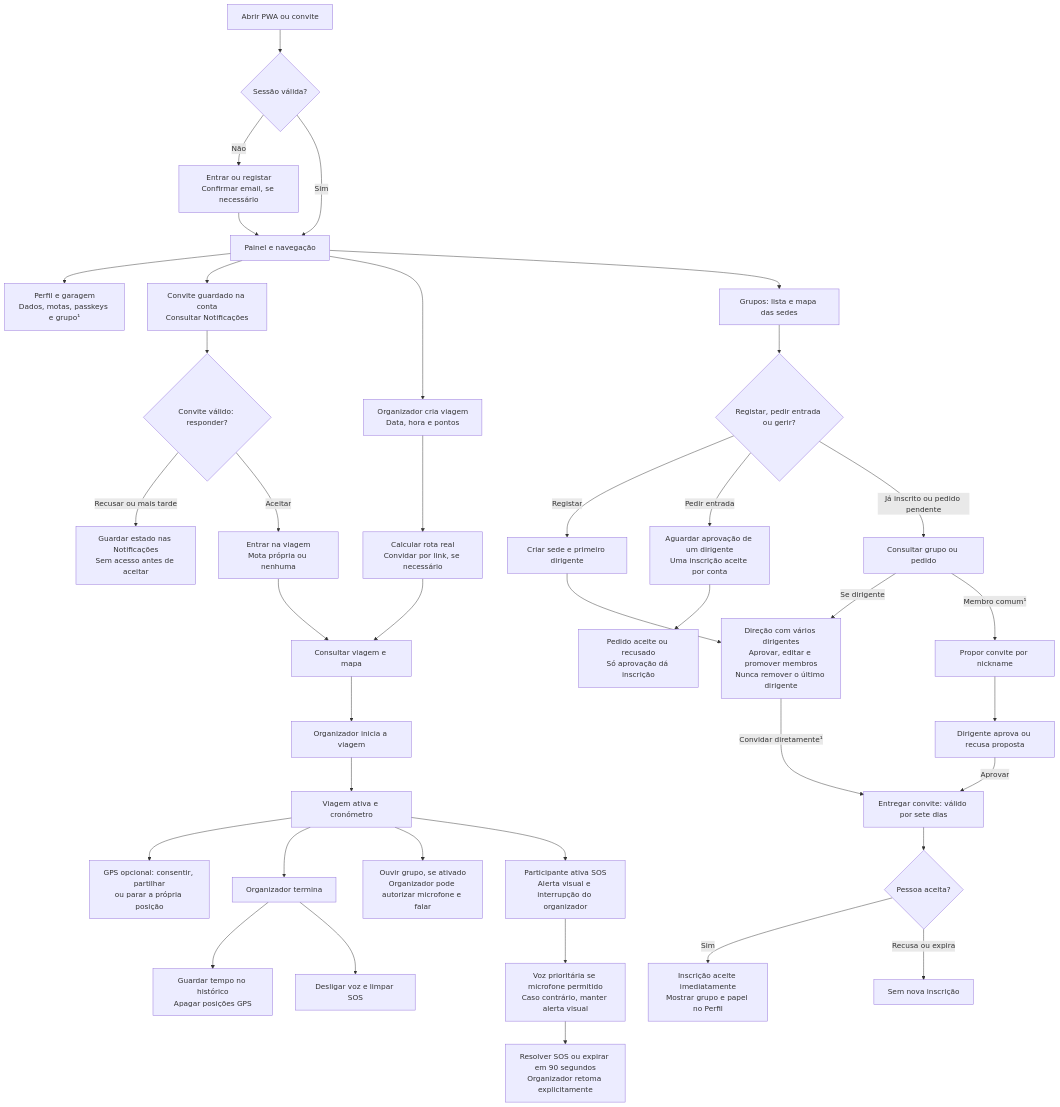
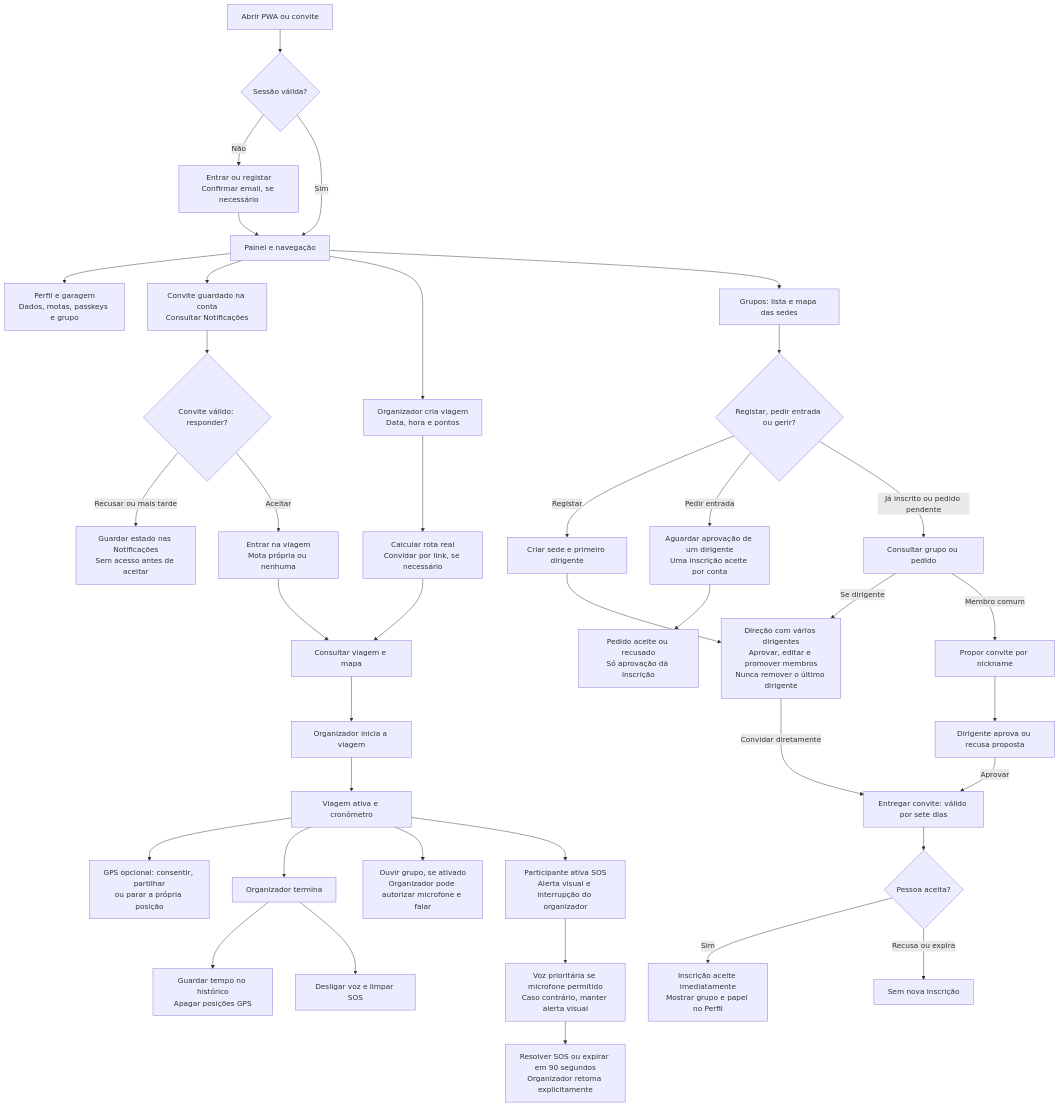
One commit to Pedrim-dot-com/rideSync changed the second of 2 diagrams in README.md. Above: the diagram before and after it, drawn with Mermaid. The commit also changed other lines of this file and 16 other files, not shown here.

````diff
--- a/README.md
+++ b/README.md
@@ -60,44 +61,44 @@
 ```mermaid
 flowchart TB
     OPEN["Abrir PWA ou convite"] --> SESSION{"Sessão válida?"}
     SESSION -->|"Não"| LOGIN["Entrar ou registar<br/>Confirmar email, se necessário"]
     LOGIN --> HOME["Painel e navegação"]
     SESSION -->|"Sim"| HOME
-    HOME --> PROFILE["Perfil e garagem<br/>Dados, motas, passkeys e grupo¹"]
+    HOME --> PROFILE["Perfil e garagem<br/>Dados, motas, passkeys e grupo"]
     HOME --> INBOX["Convite guardado na conta<br/>Consultar Notificações"]
     INBOX --> RESPONSE{"Convite válido: responder?"}
     RESPONSE -->|"Recusar ou mais tarde"| KEEP["Guardar estado nas Notificações<br/>Sem acesso antes de aceitar"]
     RESPONSE -->|"Aceitar"| BIKE["Entrar na viagem<br/>Mota própria ou nenhuma"]
     HOME --> CREATE["Organizador cria viagem<br/>Data, hora e pontos"]
     CREATE --> ROUTE["Calcular rota real<br/>Convidar por link, se necessário"]
     ROUTE --> PLAN["Consultar viagem e mapa"]
     BIKE --> PLAN
     PLAN --> START["Organizador inicia a viagem"]
     START --> ACTIVE["Viagem ativa e cronómetro"]
     ACTIVE --> GPS["GPS opcional: consentir, partilhar<br/>ou parar a própria posição"]
     ACTIVE --> FINISH["Organizador termina"]
     FINISH --> HISTORY["Guardar tempo no histórico<br/>Apagar posições GPS"]
 
     ACTIVE --> RADIO["Ouvir grupo, se ativado<br/>Organizador pode autorizar microfone e falar"]
     ACTIVE --> SOS["Participante ativa SOS<br/>Alerta visual e interrupção do organizador"]
     SOS --> PRIORITY["Voz prioritária se microfone permitido<br/>Caso contrário, manter alerta visual"]
     PRIORITY --> RESOLVE["Resolver SOS ou expirar em 90 segundos<br/>Organizador retoma explicitamente"]
     FINISH --> CLOSEVOICE["Desligar voz e limpar SOS"]
 
     HOME --> DIRECTORY["Grupos: lista e mapa das sedes"]
     DIRECTORY --> GROUPACTION{"Registar, pedir entrada ou gerir?"}
     GROUPACTION -->|"Registar"| NEWGROUP["Criar sede e primeiro dirigente"]
     GROUPACTION -->|"Pedir entrada"| APPROVAL["Aguardar aprovação de um dirigente<br/>Uma inscrição aceite por conta"]
     GROUPACTION -->|"Já inscrito ou pedido pendente"| MYGROUP["Consultar grupo ou pedido"]
     APPROVAL --> MEMBER["Pedido aceite ou recusado<br/>Só aprovação dá inscrição"]
     NEWGROUP --> LEADERS["Direção com vários dirigentes<br/>Aprovar, editar e promover membros<br/>Nunca remover o último dirigente"]
     MYGROUP -->|"Se dirigente"| LEADERS
-    MYGROUP -->|"Membro comum¹"| PROPOSAL["Propor convite por nickname"]
+    MYGROUP -->|"Membro comum"| PROPOSAL["Propor convite por nickname"]
     PROPOSAL --> REVIEW["Dirigente aprova ou recusa proposta"]
     REVIEW -->|"Aprovar"| GROUPINVITE["Entregar convite: válido por sete dias"]
-    LEADERS -->|"Convidar diretamente¹"| GROUPINVITE
+    LEADERS -->|"Convidar diretamente"| GROUPINVITE
     GROUPINVITE --> CONSENT{"Pessoa aceita?"}
     CONSENT -->|"Sim"| JOINED["Inscrição aceite imediatamente<br/>Mostrar grupo e papel no Perfil"]
     CONSENT -->|"Recusa ou expira"| UNGROUPED["Sem nova inscrição"]
 
 ```
````
